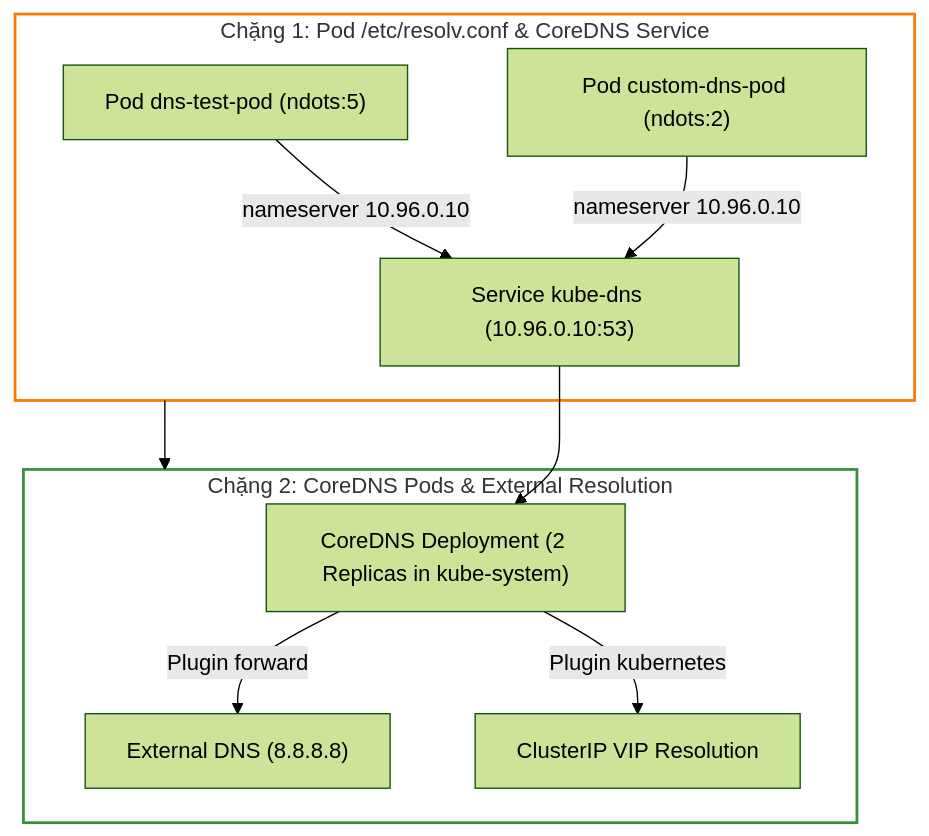
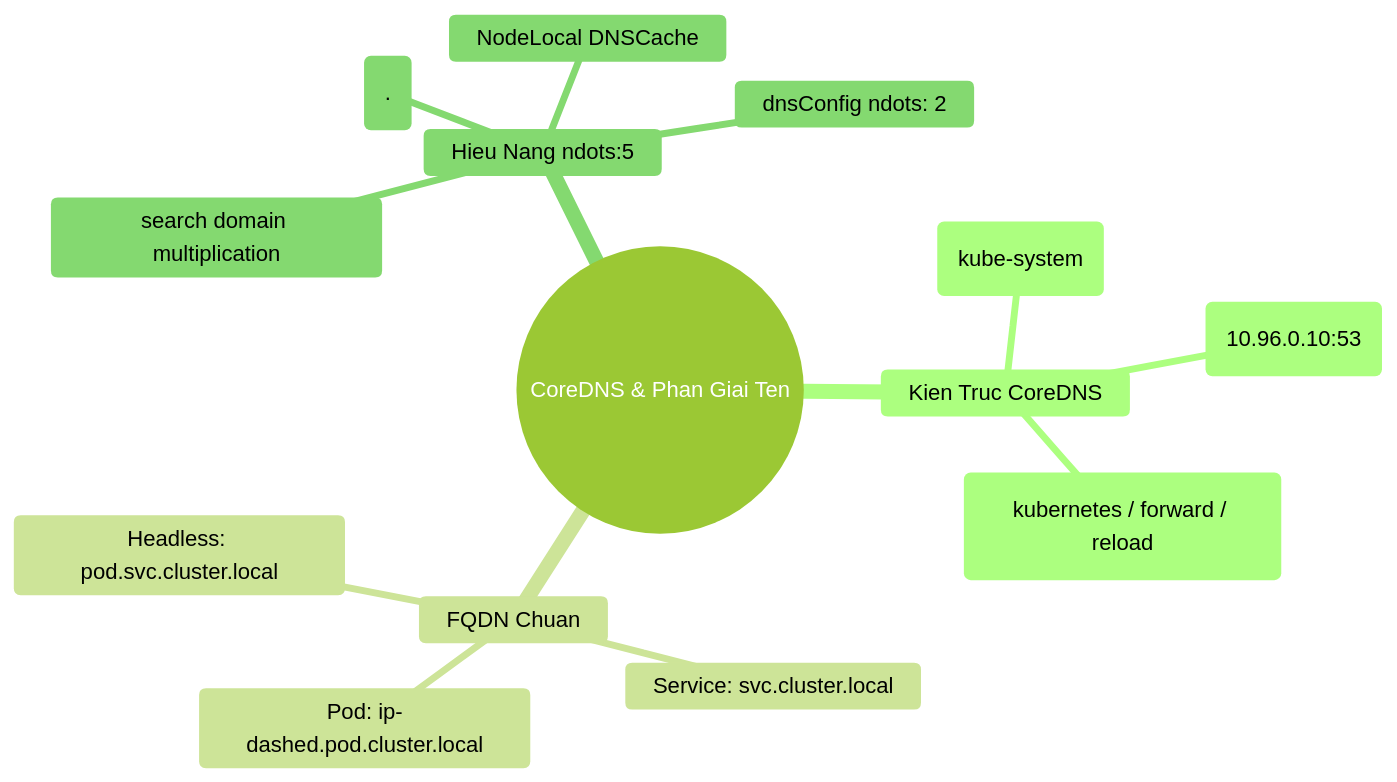
One commit to kiennt308/ntk changed the third of 3 diagrams in _posts/2026-09-12-cka-23-23-coredns-va-phan-giai-ten.md. Above: the diagram before and after it, drawn with Mermaid (forest theme). The commit also changed other lines of this file and 39 other files, not shown here.

````diff
--- a/_posts/2026-09-12-cka-23-23-coredns-va-phan-giai-ten.md
+++ b/_posts/2026-09-12-cka-23-23-coredns-va-phan-giai-ten.md
@@ -494,18 +480,17 @@
 ```mermaid
-graph TD
-    subgraph Pod_DNS_Config ["Chặng 1: Pod /etc/resolv.conf & CoreDNS Service"]
-        POD_DEF["Pod dns-test-pod (ndots:5)"] -->|"nameserver 10.96.0.10"| KUBE_DNS["Service kube-dns (10.96.0.10:53)"]
-        POD_CUS["Pod custom-dns-pod (ndots:2)"] -->|"nameserver 10.96.0.10"| KUBE_DNS
-    end
-
-    subgraph CoreDNS_Backend ["Chặng 2: CoreDNS Pods & External Resolution"]
-        KUBE_DNS --> COREDNS_PODS["CoreDNS Deployment (2 Replicas in kube-system)"]
-        COREDNS_PODS -->|"Plugin kubernetes"| INTERNAL_VIP["ClusterIP VIP Resolution"]
-        COREDNS_PODS -->|"Plugin forward"| EXTERNAL_DNS["External DNS (8.8.8.8)"]
-    end
-
-    Pod_DNS_Config --> CoreDNS_Backend
-
-    style Pod_DNS_Config fill:none,stroke:#f57c00,stroke-width:2px
-    style CoreDNS_Backend fill:none,stroke:#388e3c,stroke-width:2px
+mindmap
+  root((CoreDNS & Phan Giai Ten))
+    Kien Truc CoreDNS
+      Deployment 2 Replicas (kube-system)
+      Service kube-dns (10.96.0.10:53)
+      Corefile ConfigMap (kubernetes / forward / reload)
+    FQDN Chuan
+      Service: svc.cluster.local
+      Pod: ip-dashed.pod.cluster.local
+      Headless: pod.svc.cluster.local
+    Hieu Nang ndots:5
+      search domain multiplication
+      Khac phuc: Trailing dot (.)
+      dnsConfig ndots: 2
+      NodeLocal DNSCache
 ```
````
